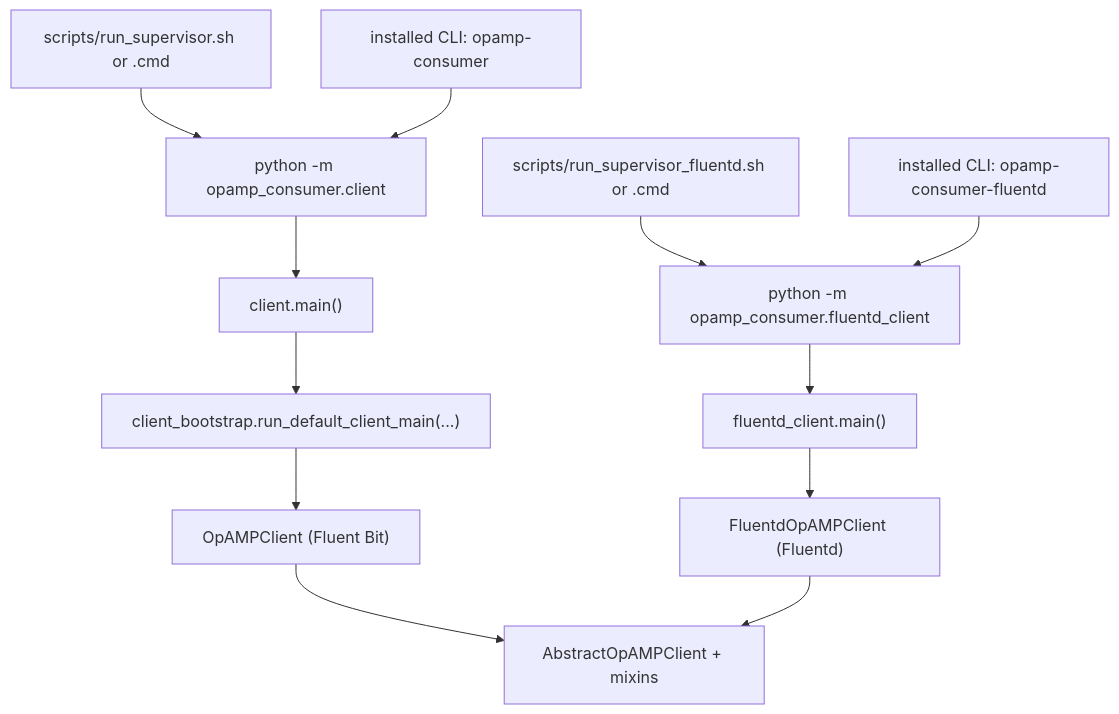
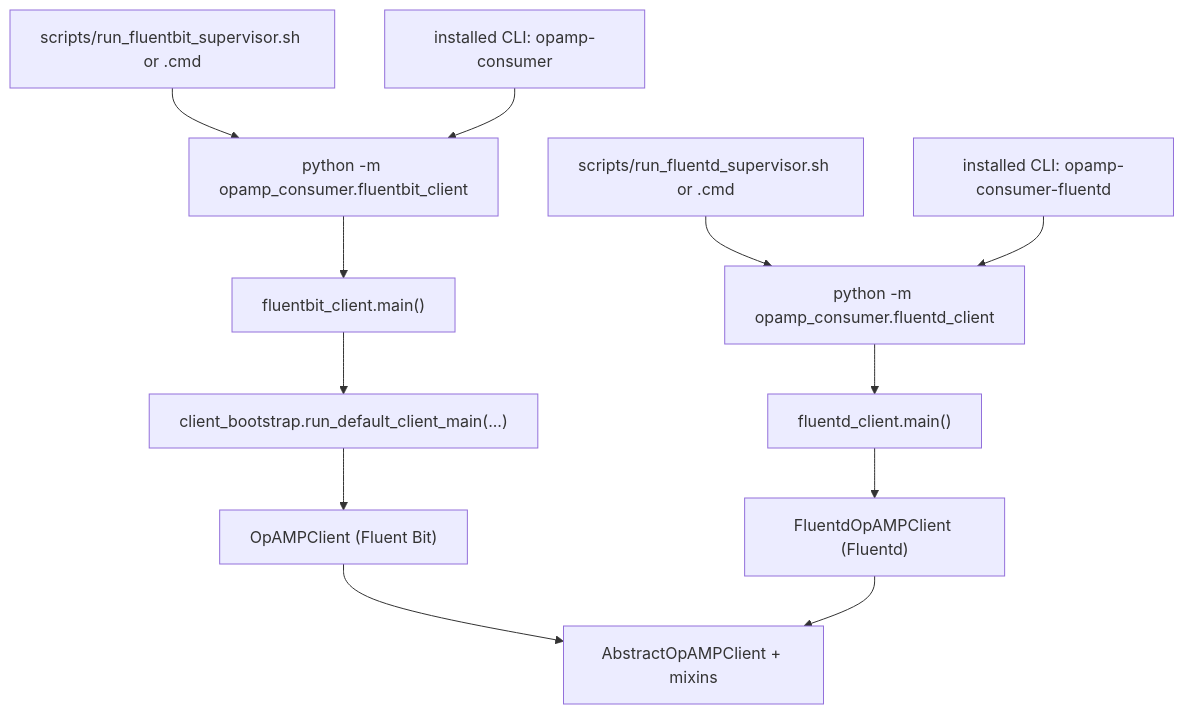
One commit to mp3monster/fluent-bit-opamp changed the second of 4 diagrams in docs/consumer_client_diagram.md. Above: the diagram before and after it, drawn with Mermaid. The commit also changed other lines of this file and 43 other files, not shown here.

````diff
--- a/docs/consumer_client_diagram.md
+++ b/docs/consumer_client_diagram.md
@@ -126,17 +126,17 @@
 ```mermaid
 flowchart TD
-    A["scripts/run_supervisor.sh or .cmd"] --> B["python -m opamp_consumer.client"]
-    C["scripts/run_supervisor_fluentd.sh or .cmd"] --> D["python -m opamp_consumer.fluentd_client"]
+    A["scripts/run_fluentbit_supervisor.sh or .cmd"] --> B["python -m opamp_consumer.fluentbit_client"]
+    C["scripts/run_fluentd_supervisor.sh or .cmd"] --> D["python -m opamp_consumer.fluentd_client"]
     E["installed CLI: opamp-consumer"] --> B
     F["installed CLI: opamp-consumer-fluentd"] --> D
 
-    B --> G["client.main()"]
+    B --> G["fluentbit_client.main()"]
     G --> H["client_bootstrap.run_default_client_main(...)"]
     H --> I["OpAMPClient (Fluent Bit)"]
 
     D --> J["fluentd_client.main()"]
     J --> K["FluentdOpAMPClient (Fluentd)"]
 
     I --> L["AbstractOpAMPClient + mixins"]
     K --> L
 ```
````
